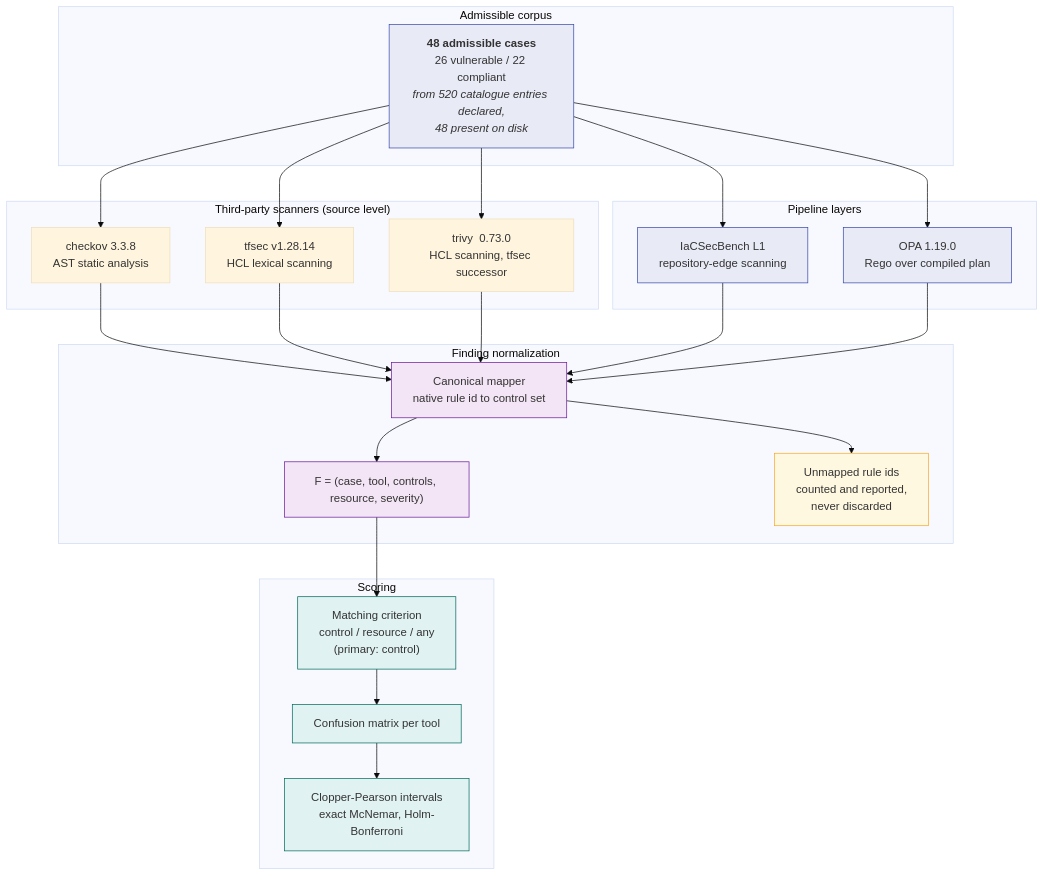
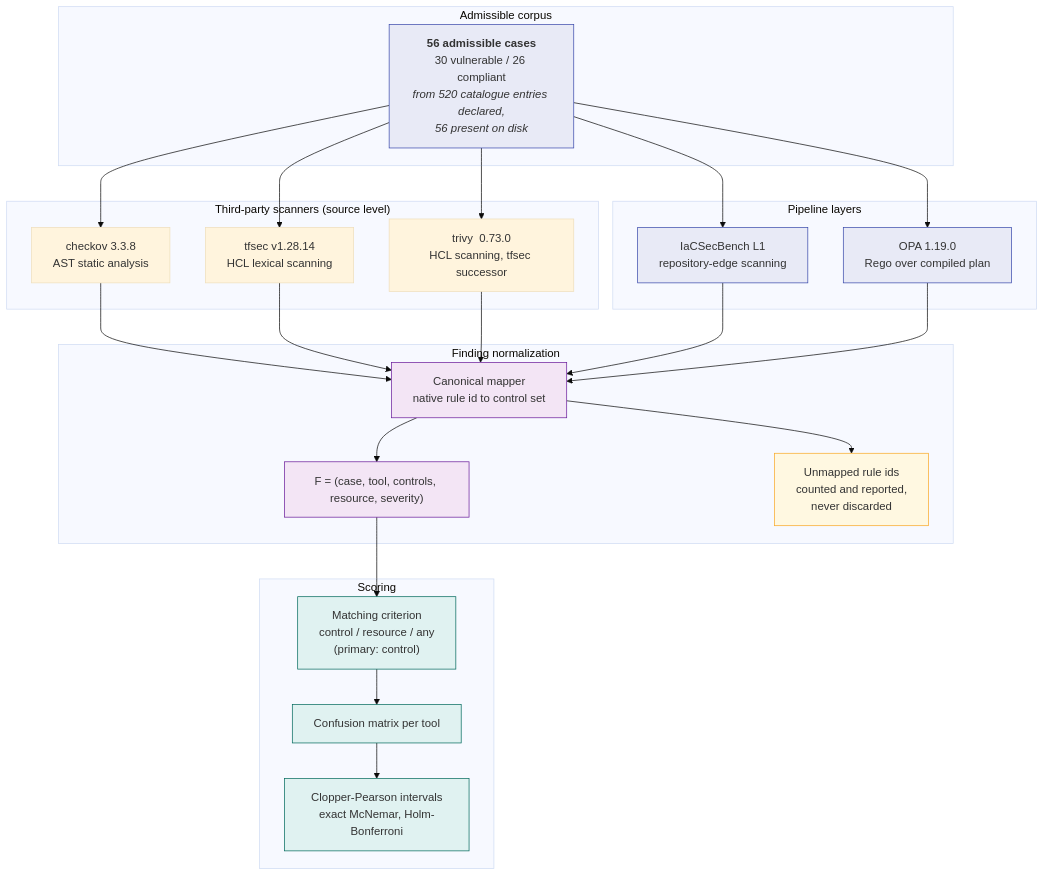
The diagram in paper/figures/normalization_workflow.mmd (mchittineni/CrownCorridor), drawn with Mermaid (base theme) before and after one commit. The commit also changed 8 other files, not shown here.

```diff
--- a/paper/figures/normalization_workflow.mmd
+++ b/paper/figures/normalization_workflow.mmd
@@ -1,53 +1,53 @@
 %% Generated by experiments/generate_figures.py -- do not edit by hand.
 %% Counts come from results/evaluation.json and results/corpus_report.json.
 %% Tool versions come from results/run_manifest.json. Nothing here is typed.
 flowchart TD
     subgraph input["Admissible corpus"]
-        corpus["<b>48 admissible cases</b><br/>26 vulnerable / 22 compliant<br/><i>from 520 catalogue entries declared,<br/>48 present on disk</i>"]
+        corpus["<b>56 admissible cases</b><br/>30 vulnerable / 26 compliant<br/><i>from 520 catalogue entries declared,<br/>56 present on disk</i>"]
     end
 
     subgraph tools["Third-party scanners (source level)"]
         checkov["checkov  3.3.8<br/>AST static analysis"]
         tfsec["tfsec  v1.28.14<br/>HCL lexical scanning"]
         trivy["trivy  0.73.0<br/>HCL scanning, tfsec successor"]
     end
 
     subgraph own["Pipeline layers"]
         l1["IaCSecBench L1<br/>repository-edge scanning"]
         opa["OPA 1.19.0<br/>Rego over compiled plan"]
     end
 
     subgraph engine["Finding normalization"]
         norm["Canonical mapper<br/>native rule id to control set"]
         rec["F = (case, tool, controls, resource, severity)"]
         unmapped["Unmapped rule ids<br/>counted and reported,<br/>never discarded"]
     end
 
     subgraph scoring["Scoring"]
         match["Matching criterion<br/>control / resource / any<br/>(primary: control)"]
         cm["Confusion matrix per tool"]
         stat["Clopper-Pearson intervals<br/>exact McNemar, Holm-Bonferroni"]
     end
 
     corpus --> checkov
     corpus --> tfsec
     corpus --> trivy
     corpus --> l1
     corpus --> opa
     checkov --> norm
     tfsec --> norm
     trivy --> norm
     l1 --> norm
     opa --> norm
     norm --> rec
     norm --> unmapped
     rec --> match --> cm --> stat
 
     classDef box fill:#e8eaf6,stroke:#3949ab
     classDef eng fill:#f3e5f5,stroke:#6a1b9a
     classDef sc fill:#e0f2f1,stroke:#00695c
     classDef warn fill:#fff8e1,stroke:#f9a825
     class corpus,l1,opa box
     class norm,rec eng
     class unmapped warn
     class match,cm,stat sc
```
